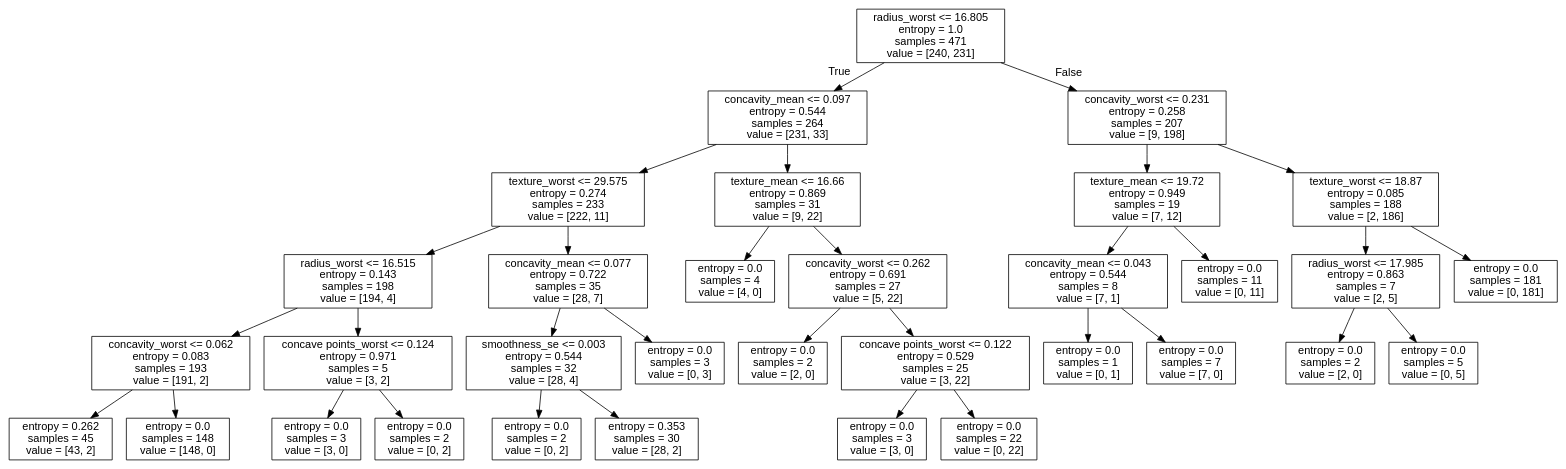
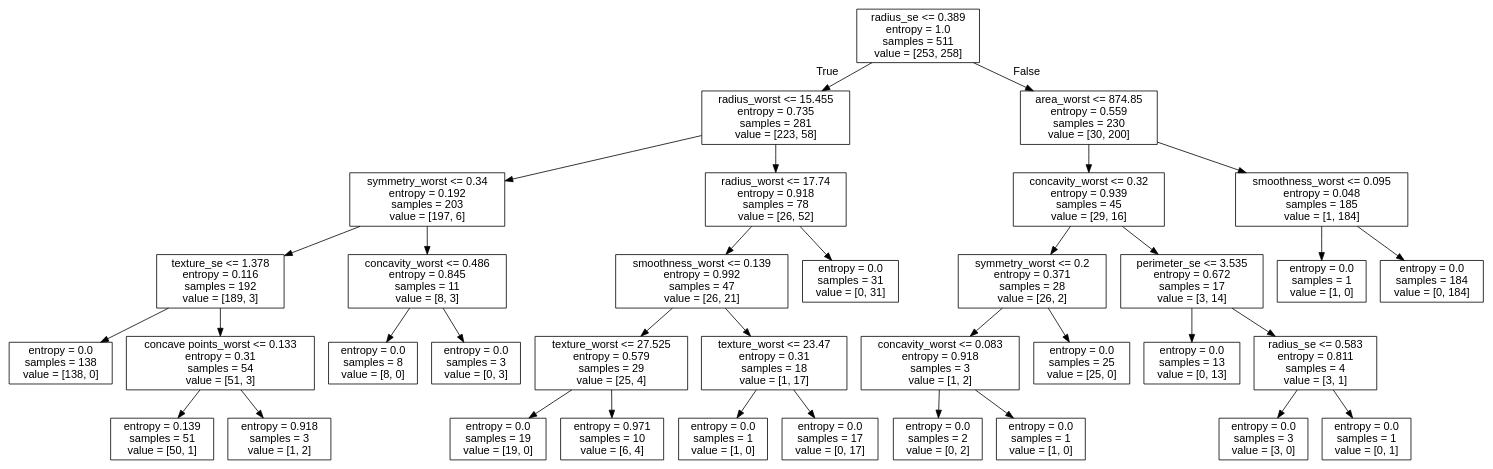
The diagram in tree.dot (m21ark/ia_t2), drawn with Graphviz before and after one commit. The commit also changed 3 other files, not shown here.

```diff
--- a/tree.dot
+++ b/tree.dot
@@ -1,69 +1,73 @@
 digraph Tree {
 node [shape=box, fontname="helvetica"] ;
 edge [fontname="helvetica"] ;
-0 [label="radius_worst <= 16.805\nentropy = 1.0\nsamples = 471\nvalue = [240, 231]"] ;
-1 [label="concavity_mean <= 0.097\nentropy = 0.544\nsamples = 264\nvalue = [231, 33]"] ;
+0 [label="radius_se <= 0.389\nentropy = 1.0\nsamples = 511\nvalue = [253, 258]"] ;
+1 [label="radius_worst <= 15.455\nentropy = 0.735\nsamples = 281\nvalue = [223, 58]"] ;
 0 -> 1 [labeldistance=2.5, labelangle=45, headlabel="True"] ;
-2 [label="texture_worst <= 29.575\nentropy = 0.274\nsamples = 233\nvalue = [222, 11]"] ;
+2 [label="symmetry_worst <= 0.34\nentropy = 0.192\nsamples = 203\nvalue = [197, 6]"] ;
 1 -> 2 ;
-3 [label="radius_worst <= 16.515\nentropy = 0.143\nsamples = 198\nvalue = [194, 4]"] ;
+3 [label="texture_se <= 1.378\nentropy = 0.116\nsamples = 192\nvalue = [189, 3]"] ;
 2 -> 3 ;
-4 [label="concavity_worst <= 0.062\nentropy = 0.083\nsamples = 193\nvalue = [191, 2]"] ;
+4 [label="entropy = 0.0\nsamples = 138\nvalue = [138, 0]"] ;
 3 -> 4 ;
-5 [label="entropy = 0.262\nsamples = 45\nvalue = [43, 2]"] ;
-4 -> 5 ;
-6 [label="entropy = 0.0\nsamples = 148\nvalue = [148, 0]"] ;
-4 -> 6 ;
-7 [label="concave points_worst <= 0.124\nentropy = 0.971\nsamples = 5\nvalue = [3, 2]"] ;
-3 -> 7 ;
-8 [label="entropy = 0.0\nsamples = 3\nvalue = [3, 0]"] ;
-7 -> 8 ;
-9 [label="entropy = 0.0\nsamples = 2\nvalue = [0, 2]"] ;
-7 -> 9 ;
-10 [label="concavity_mean <= 0.077\nentropy = 0.722\nsamples = 35\nvalue = [28, 7]"] ;
-2 -> 10 ;
-11 [label="smoothness_se <= 0.003\nentropy = 0.544\nsamples = 32\nvalue = [28, 4]"] ;
-10 -> 11 ;
-12 [label="entropy = 0.0\nsamples = 2\nvalue = [0, 2]"] ;
+5 [label="concave points_worst <= 0.133\nentropy = 0.31\nsamples = 54\nvalue = [51, 3]"] ;
+3 -> 5 ;
+6 [label="entropy = 0.139\nsamples = 51\nvalue = [50, 1]"] ;
+5 -> 6 ;
+7 [label="entropy = 0.918\nsamples = 3\nvalue = [1, 2]"] ;
+5 -> 7 ;
+8 [label="concavity_worst <= 0.486\nentropy = 0.845\nsamples = 11\nvalue = [8, 3]"] ;
+2 -> 8 ;
+9 [label="entropy = 0.0\nsamples = 8\nvalue = [8, 0]"] ;
+8 -> 9 ;
+10 [label="entropy = 0.0\nsamples = 3\nvalue = [0, 3]"] ;
+8 -> 10 ;
+11 [label="radius_worst <= 17.74\nentropy = 0.918\nsamples = 78\nvalue = [26, 52]"] ;
+1 -> 11 ;
+12 [label="smoothness_worst <= 0.139\nentropy = 0.992\nsamples = 47\nvalue = [26, 21]"] ;
 11 -> 12 ;
-13 [label="entropy = 0.353\nsamples = 30\nvalue = [28, 2]"] ;
-11 -> 13 ;
-14 [label="entropy = 0.0\nsamples = 3\nvalue = [0, 3]"] ;
-10 -> 14 ;
-15 [label="texture_mean <= 16.66\nentropy = 0.869\nsamples = 31\nvalue = [9, 22]"] ;
-1 -> 15 ;
-16 [label="entropy = 0.0\nsamples = 4\nvalue = [4, 0]"] ;
-15 -> 16 ;
-17 [label="concavity_worst <= 0.262\nentropy = 0.691\nsamples = 27\nvalue = [5, 22]"] ;
-15 -> 17 ;
-18 [label="entropy = 0.0\nsamples = 2\nvalue = [2, 0]"] ;
-17 -> 18 ;
-19 [label="concave points_worst <= 0.122\nentropy = 0.529\nsamples = 25\nvalue = [3, 22]"] ;
-17 -> 19 ;
-20 [label="entropy = 0.0\nsamples = 3\nvalue = [3, 0]"] ;
-19 -> 20 ;
-21 [label="entropy = 0.0\nsamples = 22\nvalue = [0, 22]"] ;
-19 -> 21 ;
-22 [label="concavity_worst <= 0.231\nentropy = 0.258\nsamples = 207\nvalue = [9, 198]"] ;
-0 -> 22 [labeldistance=2.5, labelangle=-45, headlabel="False"] ;
-23 [label="texture_mean <= 19.72\nentropy = 0.949\nsamples = 19\nvalue = [7, 12]"] ;
+13 [label="texture_worst <= 27.525\nentropy = 0.579\nsamples = 29\nvalue = [25, 4]"] ;
+12 -> 13 ;
+14 [label="entropy = 0.0\nsamples = 19\nvalue = [19, 0]"] ;
+13 -> 14 ;
+15 [label="entropy = 0.971\nsamples = 10\nvalue = [6, 4]"] ;
+13 -> 15 ;
+16 [label="texture_worst <= 23.47\nentropy = 0.31\nsamples = 18\nvalue = [1, 17]"] ;
+12 -> 16 ;
+17 [label="entropy = 0.0\nsamples = 1\nvalue = [1, 0]"] ;
+16 -> 17 ;
+18 [label="entropy = 0.0\nsamples = 17\nvalue = [0, 17]"] ;
+16 -> 18 ;
+19 [label="entropy = 0.0\nsamples = 31\nvalue = [0, 31]"] ;
+11 -> 19 ;
+20 [label="area_worst <= 874.85\nentropy = 0.559\nsamples = 230\nvalue = [30, 200]"] ;
+0 -> 20 [labeldistance=2.5, labelangle=-45, headlabel="False"] ;
+21 [label="concavity_worst <= 0.32\nentropy = 0.939\nsamples = 45\nvalue = [29, 16]"] ;
+20 -> 21 ;
+22 [label="symmetry_worst <= 0.2\nentropy = 0.371\nsamples = 28\nvalue = [26, 2]"] ;
+21 -> 22 ;
+23 [label="concavity_worst <= 0.083\nentropy = 0.918\nsamples = 3\nvalue = [1, 2]"] ;
 22 -> 23 ;
-24 [label="concavity_mean <= 0.043\nentropy = 0.544\nsamples = 8\nvalue = [7, 1]"] ;
+24 [label="entropy = 0.0\nsamples = 2\nvalue = [0, 2]"] ;
 23 -> 24 ;
-25 [label="entropy = 0.0\nsamples = 1\nvalue = [0, 1]"] ;
-24 -> 25 ;
-26 [label="entropy = 0.0\nsamples = 7\nvalue = [7, 0]"] ;
-24 -> 26 ;
-27 [label="entropy = 0.0\nsamples = 11\nvalue = [0, 11]"] ;
-23 -> 27 ;
-28 [label="texture_worst <= 18.87\nentropy = 0.085\nsamples = 188\nvalue = [2, 186]"] ;
-22 -> 28 ;
-29 [label="radius_worst <= 17.985\nentropy = 0.863\nsamples = 7\nvalue = [2, 5]"] ;
-28 -> 29 ;
-30 [label="entropy = 0.0\nsamples = 2\nvalue = [2, 0]"] ;
+25 [label="entropy = 0.0\nsamples = 1\nvalue = [1, 0]"] ;
+23 -> 25 ;
+26 [label="entropy = 0.0\nsamples = 25\nvalue = [25, 0]"] ;
+22 -> 26 ;
+27 [label="perimeter_se <= 3.535\nentropy = 0.672\nsamples = 17\nvalue = [3, 14]"] ;
+21 -> 27 ;
+28 [label="entropy = 0.0\nsamples = 13\nvalue = [0, 13]"] ;
+27 -> 28 ;
+29 [label="radius_se <= 0.583\nentropy = 0.811\nsamples = 4\nvalue = [3, 1]"] ;
+27 -> 29 ;
+30 [label="entropy = 0.0\nsamples = 3\nvalue = [3, 0]"] ;
 29 -> 30 ;
-31 [label="entropy = 0.0\nsamples = 5\nvalue = [0, 5]"] ;
+31 [label="entropy = 0.0\nsamples = 1\nvalue = [0, 1]"] ;
 29 -> 31 ;
-32 [label="entropy = 0.0\nsamples = 181\nvalue = [0, 181]"] ;
-28 -> 32 ;
+32 [label="smoothness_worst <= 0.095\nentropy = 0.048\nsamples = 185\nvalue = [1, 184]"] ;
+20 -> 32 ;
+33 [label="entropy = 0.0\nsamples = 1\nvalue = [1, 0]"] ;
+32 -> 33 ;
+34 [label="entropy = 0.0\nsamples = 184\nvalue = [0, 184]"] ;
+32 -> 34 ;
 }
```
